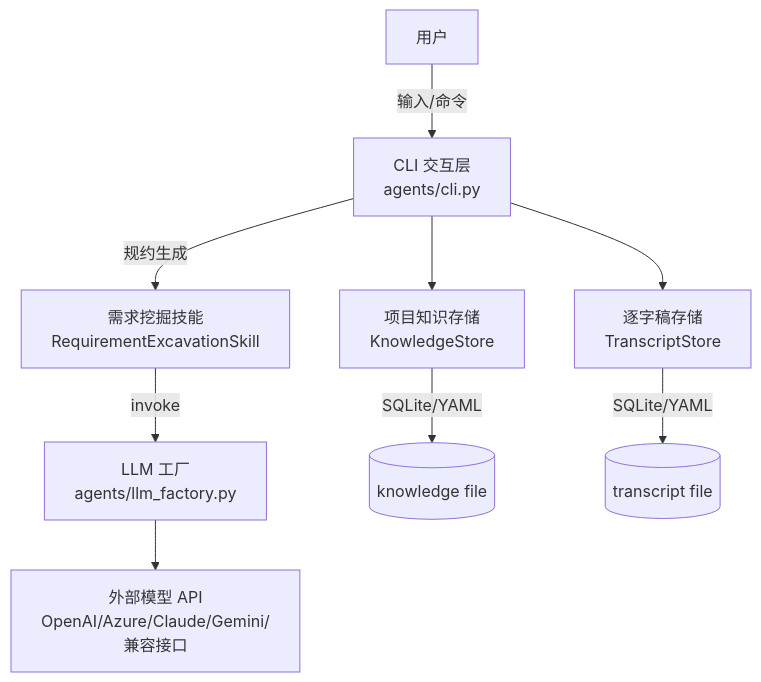
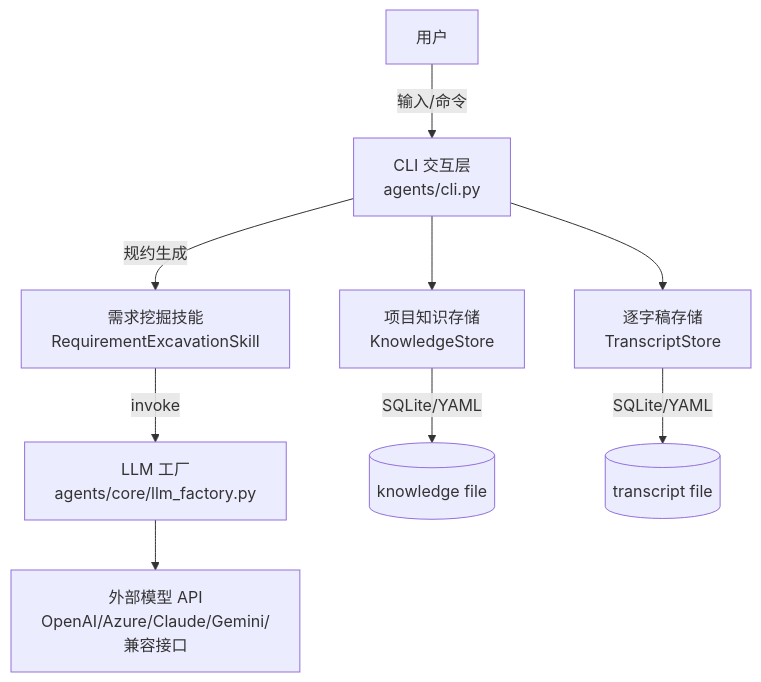
One commit to chaoshou-coder/ReqX changed the diagram in README.md. Above: the diagram before and after it, drawn with Mermaid. The commit also changed other lines of this file and 22 other files, not shown here.

````diff
--- a/README.md
+++ b/README.md
@@ -43,12 +44,12 @@
 ```mermaid
 flowchart TD
   U[用户] -->|输入/命令| CLI[CLI 交互层<br/>agents/cli.py]
   CLI -->|规约生成| Tool[需求挖掘技能<br/>RequirementExcavationSkill]
-  Tool -->|invoke| LLMF[LLM 工厂<br/>agents/llm_factory.py]
+  Tool -->|invoke| LLMF[LLM 工厂<br/>agents/core/llm_factory.py]
   LLMF --> API[外部模型 API<br/>OpenAI/Azure/Claude/Gemini/兼容接口]
 
   CLI --> KS[项目知识存储<br/>KnowledgeStore]
   CLI --> TS[逐字稿存储<br/>TranscriptStore]
   KS -->|SQLite/YAML| Disk1[(knowledge file)]
   TS -->|SQLite/YAML| Disk2[(transcript file)]
 ```
````
